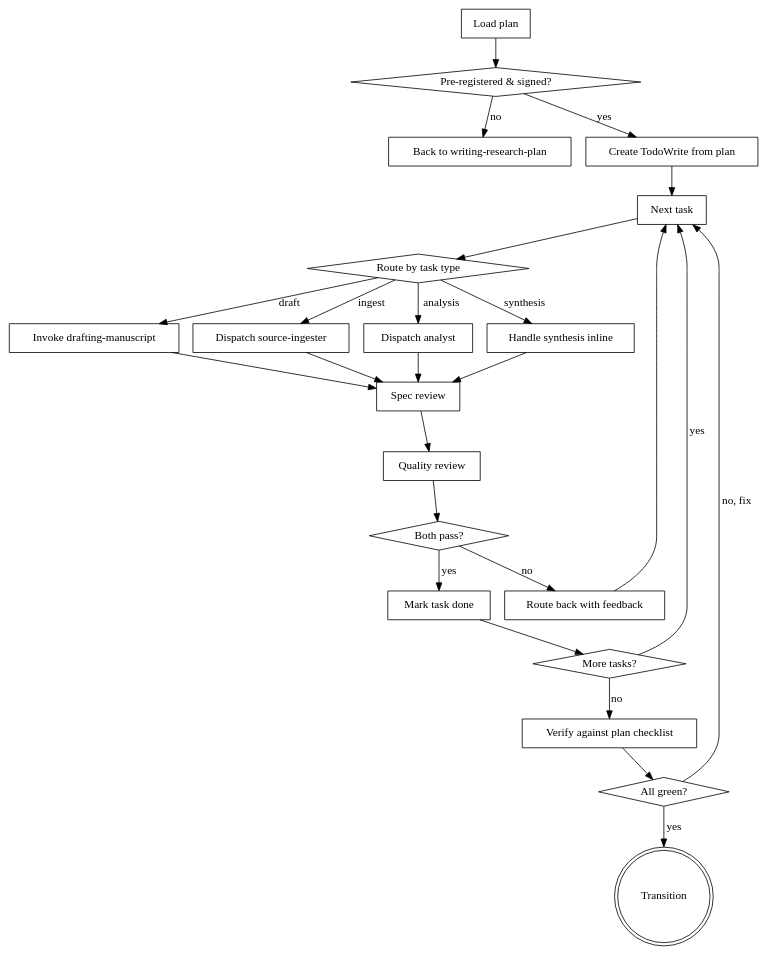
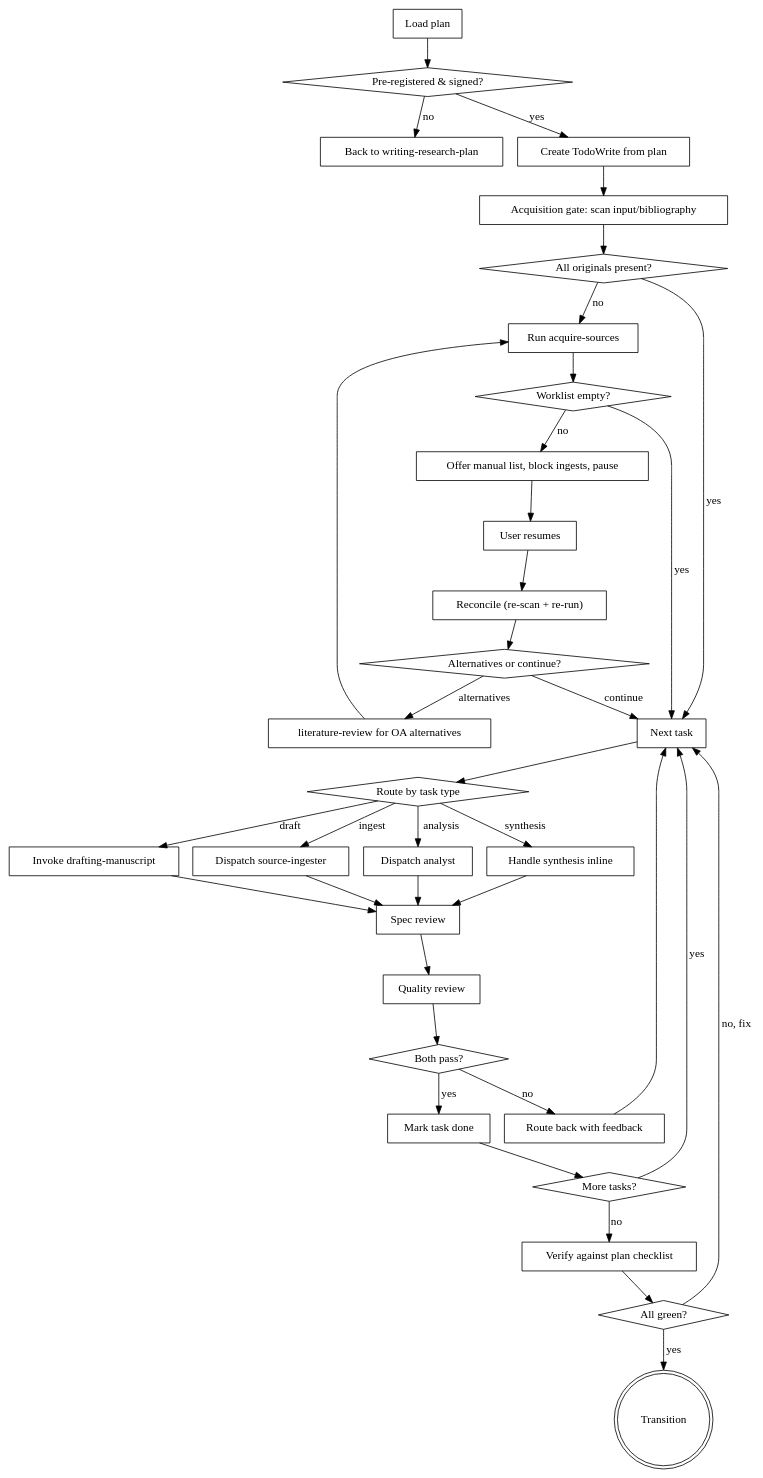
The diagram in skills/executing-research-plan/SKILL.md (leiverkus/research-superpowers), drawn with Graphviz before and after one commit. The commit also changed other lines of this file and 16 other files, not shown here.

First line of the commit message:
feat: acquisition gate + canonical flat PDF naming

````diff
--- a/skills/executing-research-plan/SKILL.md
+++ b/skills/executing-research-plan/SKILL.md
@@ -68,48 +115,69 @@
 ```dot
 digraph executing {
     "Load plan" [shape=box];
     "Pre-registered & signed?" [shape=diamond];
     "Back to writing-research-plan" [shape=box];
     "Create TodoWrite from plan" [shape=box];
+    "Acquisition gate: scan input/bibliography" [shape=box];
+    "All originals present?" [shape=diamond];
+    "Run acquire-sources" [shape=box];
+    "Worklist empty?" [shape=diamond];
+    "Offer manual list, block ingests, pause" [shape=box];
+    "User resumes" [shape=box];
+    "Reconcile (re-scan + re-run)" [shape=box];
+    "Alternatives or continue?" [shape=diamond];
+    "literature-review for OA alternatives" [shape=box];
     "Next task" [shape=box];
     "Route by task type" [shape=diamond];
     "Dispatch source-ingester" [shape=box];
     "Dispatch analyst" [shape=box];
     "Handle synthesis inline" [shape=box];
     "Invoke drafting-manuscript" [shape=box];
     "Spec review" [shape=box];
     "Quality review" [shape=box];
     "Both pass?" [shape=diamond];
     "Route back with feedback" [shape=box];
     "Mark task done" [shape=box];
     "More tasks?" [shape=diamond];
     "Verify against plan checklist" [shape=box];
     "All green?" [shape=diamond];
     "Transition" [shape=doublecircle];
 
     "Load plan" -> "Pre-registered & signed?";
     "Pre-registered & signed?" -> "Back to writing-research-plan" [label="no"];
     "Pre-registered & signed?" -> "Create TodoWrite from plan" [label="yes"];
-    "Create TodoWrite from plan" -> "Next task";
+    "Create TodoWrite from plan" -> "Acquisition gate: scan input/bibliography";
+    "Acquisition gate: scan input/bibliography" -> "All originals present?";
+    "All originals present?" -> "Next task" [label="yes"];
+    "All originals present?" -> "Run acquire-sources" [label="no"];
+    "Run acquire-sources" -> "Worklist empty?";
+    "Worklist empty?" -> "Next task" [label="yes"];
+    "Worklist empty?" -> "Offer manual list, block ingests, pause" [label="no"];
+    "Offer manual list, block ingests, pause" -> "User resumes";
+    "User resumes" -> "Reconcile (re-scan + re-run)";
+    "Reconcile (re-scan + re-run)" -> "Alternatives or continue?";
+    "Alternatives or continue?" -> "literature-review for OA alternatives" [label="alternatives"];
+    "literature-review for OA alternatives" -> "Run acquire-sources";
+    "Alternatives or continue?" -> "Next task" [label="continue"];
     "Next task" -> "Route by task type";
     "Route by task type" -> "Dispatch source-ingester" [label="ingest"];
     "Route by task type" -> "Dispatch analyst" [label="analysis"];
     "Route by task type" -> "Handle synthesis inline" [label="synthesis"];
     "Route by task type" -> "Invoke drafting-manuscript" [label="draft"];
     "Dispatch source-ingester" -> "Spec review";
     "Dispatch analyst" -> "Spec review";
     "Handle synthesis inline" -> "Spec review";
     "Invoke drafting-manuscript" -> "Spec review";
     "Spec review" -> "Quality review";
     "Quality review" -> "Both pass?";
     "Both pass?" -> "Route back with feedback" [label="no"];
     "Route back with feedback" -> "Next task";
     "Both pass?" -> "Mark task done" [label="yes"];
     "Mark task done" -> "More tasks?";
     "More tasks?" -> "Next task" [label="yes"];
     "More tasks?" -> "Verify against plan checklist" [label="no"];
     "Verify against plan checklist" -> "All green?";
     "All green?" -> "Next task" [label="no, fix"];
     "All green?" -> "Transition" [label="yes"];
 }
 ```
````
